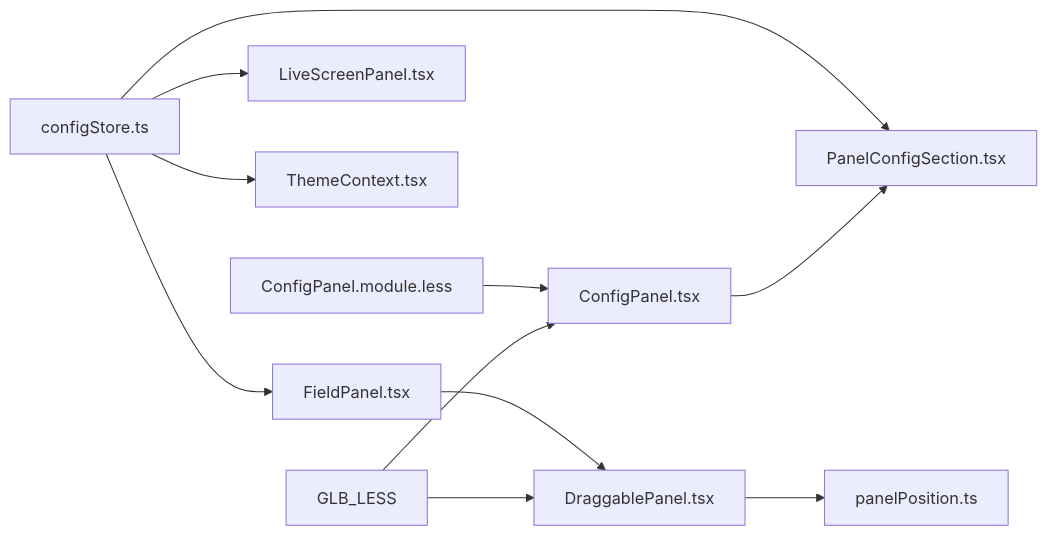
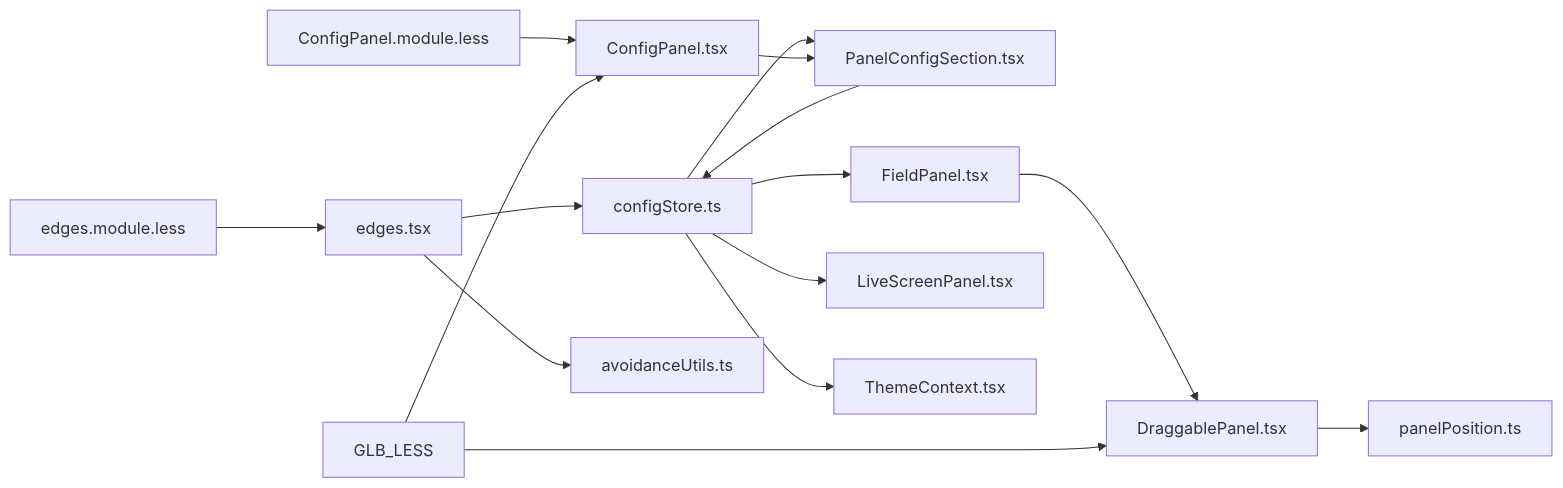
One commit to kqcoxn/MaaPipelineEditor changed diagram 11 of 11 in .qoder/repowiki/zh/content/用户界面/面板系统/配置面板/面板配置区域.md. Above: the diagram before and after it, drawn with Mermaid. The commit also changed other lines of this file and 19 other files, not shown here.

````diff
--- a/.qoder/repowiki/zh/content/用户界面/面板系统/配置面板/面板配置区域.md
+++ b/.qoder/repowiki/zh/content/用户界面/面板系统/配置面板/面板配置区域.md
@@ -349,13 +455,17 @@
 ```mermaid
 graph LR
 CS["configStore.ts"] --> PCS["PanelConfigSection.tsx"]
 CS --> FLP["FieldPanel.tsx"]
 CS --> LSP["LiveScreenPanel.tsx"]
 CS --> TC["ThemeContext.tsx"]
 DP["DraggablePanel.tsx"] --> PP["panelPosition.ts"]
 FLP --> DP
 CP["ConfigPanel.tsx"] --> PCS
+EDGES["edges.tsx"] --> AVOID["avoidanceUtils.ts"]
+PCS --> CS
+EDGES --> CS
 CFG_LESS["ConfigPanel.module.less"] --> CP
+EDGES_LESS["edges.module.less"] --> EDGES
 GLB_LESS --> DP
 GLB_LESS --> CP
 ```
````
